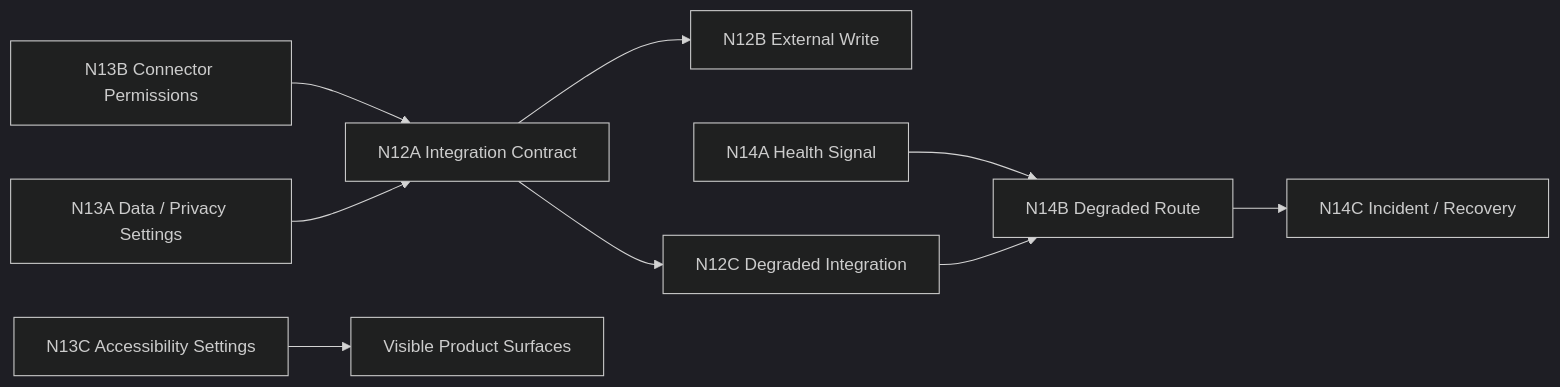
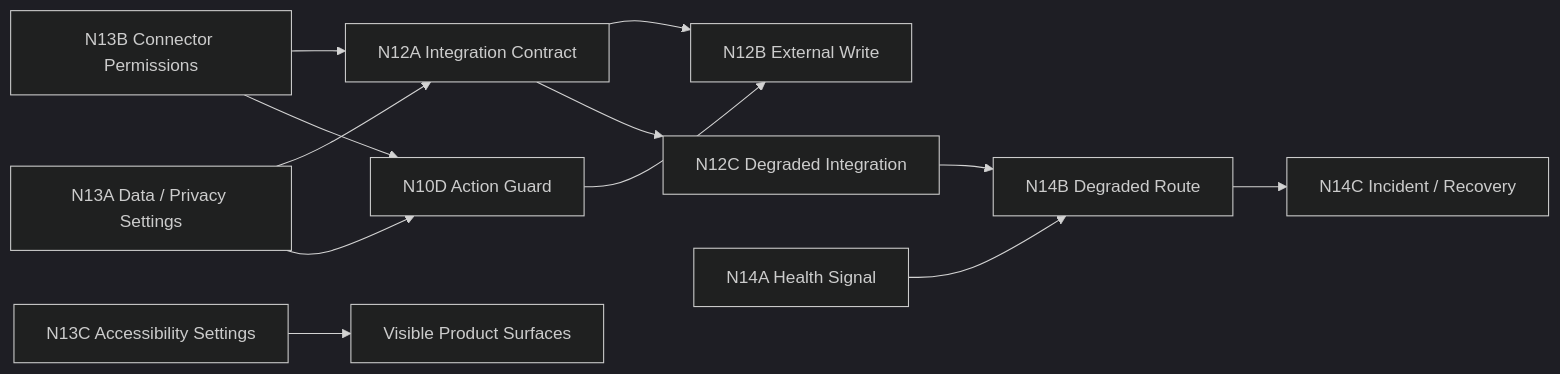
The diagram in product-docs/v0.3/maps/M15_INTEGRATION_HEALTH_DETAIL.md (Jiaosong/Design), drawn with Mermaid (dark theme) before and after one commit. The commit also changed other lines of this file and 71 other files, not shown here.

````diff
--- a/product-docs/v0.3/maps/M15_INTEGRATION_HEALTH_DETAIL.md
+++ b/product-docs/v0.3/maps/M15_INTEGRATION_HEALTH_DETAIL.md
@@ -9,11 +9,14 @@
 ```mermaid
 flowchart LR
     IC[N12A Integration Contract] --> EW[N12B External Write]
+    AG[N10D Action Guard] --> EW
     IC --> DI[N12C Degraded Integration]
     CP[N13B Connector Permissions] --> IC
     DP[N13A Data / Privacy Settings] --> IC
+    DP --> AG
+    CP --> AG
     HS[N14A Health Signal] --> DR[N14B Degraded Route]
     DI --> DR
     DR --> IR[N14C Incident / Recovery]
     AC[N13C Accessibility Settings] --> UI[Visible Product Surfaces]
 ```
````
